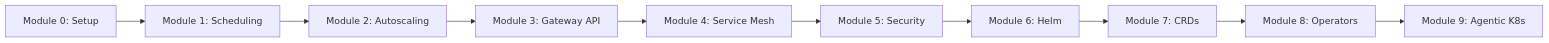
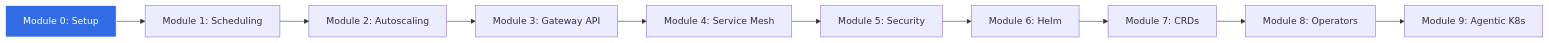
Before and after one commit to schoolofdevops/kubernetes-intermediate: the diagram in docs/section-0/01-overview.mdx, drawn with Mermaid. The commit also changed other lines of this file and 1 other file, not shown here.

First line of the commit message:
feat(03-01): create Module 0 reading materials with overview and diagrams

````diff
--- a/docs/section-0/01-overview.mdx
+++ b/docs/section-0/01-overview.mdx
@@ -10,12 +17,15 @@
 ```mermaid
 flowchart LR
     A[Module 0: Setup] --> B[Module 1: Scheduling]
     B --> C[Module 2: Autoscaling]
     C --> D[Module 3: Gateway API]
     D --> E[Module 4: Service Mesh]
     E --> F[Module 5: Security]
     F --> G[Module 6: Helm]
     G --> H[Module 7: CRDs]
     H --> I[Module 8: Operators]
     I --> J[Module 9: Agentic K8s]
+
+    classDef current fill:#326ce5,stroke:#fff,color:#fff
+    class A current
 ```
````
